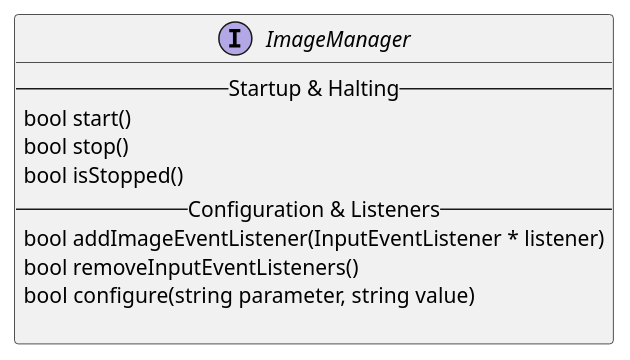
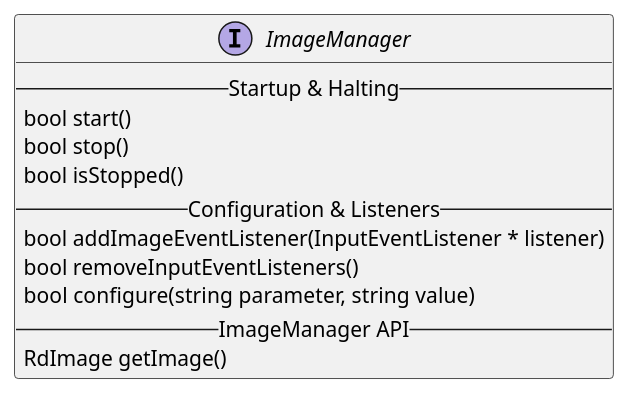
One commit to asrob-uc3m/robotDevastation-developer-manual changed the diagram in en/camera-management/image-manager.md. Above: the diagram before and after it, drawn with PlantUML. The commit also changed other lines of this file, not shown here.

First line of the commit message:
Updates en/camera-management/image-manager.md

```diff
--- a/en/camera-management/image-manager.md
+++ b/en/camera-management/image-manager.md
@@ -4,13 +4,14 @@
 {% plantuml %}
 interface ImageManager {
 --Startup & Halting--
 bool start()
 bool stop()
 bool isStopped()
 -- Configuration & Listeners --
 bool addImageEventListener(InputEventListener * listener)
 bool removeInputEventListeners()
 bool configure(string parameter, string value)
-
+-- ImageManager API--
+RdImage getImage()
 }
 {% endplantuml %}
```
